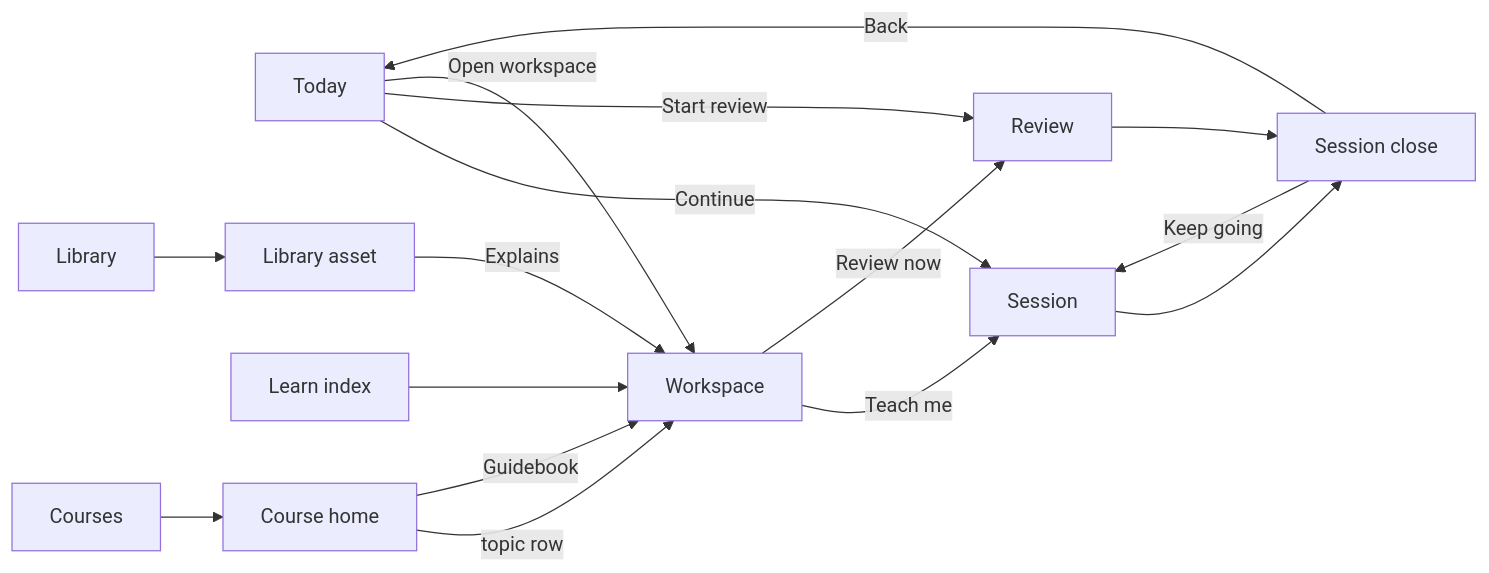
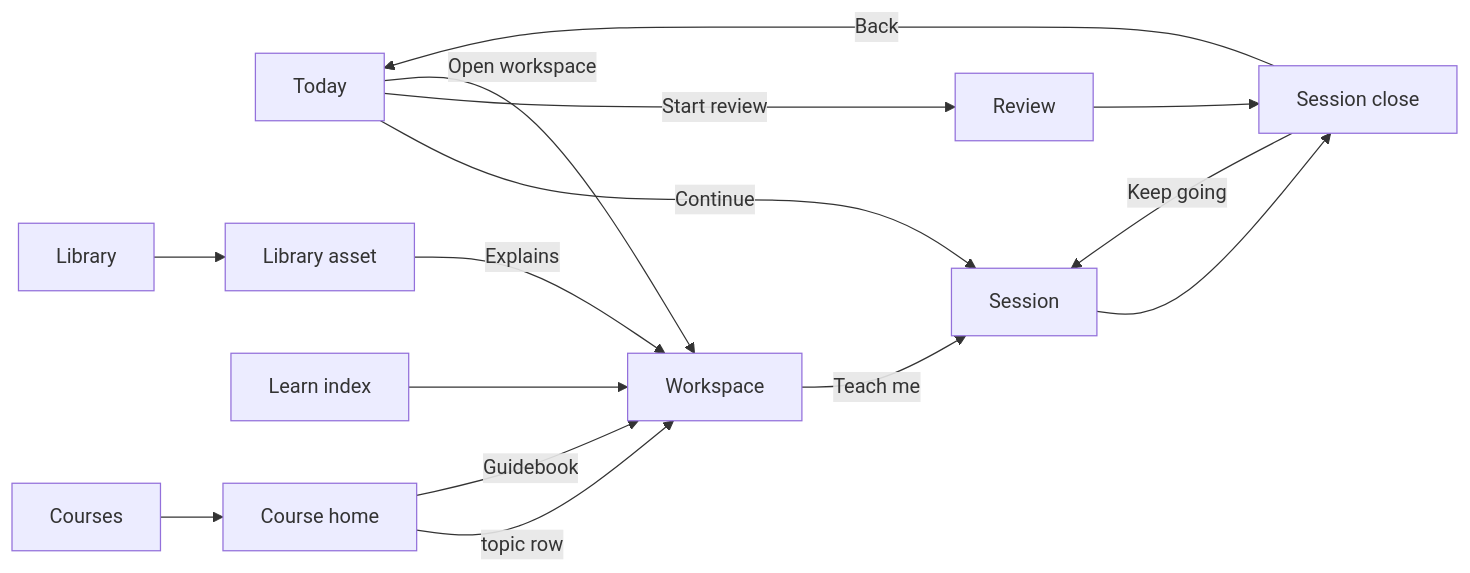
The diagram in docs/design/DESIGN.md (c-wenlong/gnosia-learn), drawn with Mermaid before and after one commit. The commit also changed other lines of this file and 5 other files, not shown here.

First line of the commit message:
Concept page: drop the Review now button

````diff
--- a/docs/design/DESIGN.md
+++ b/docs/design/DESIGN.md
@@ -80,18 +80,17 @@
 ```mermaid
 flowchart LR
   Today -->|Continue| Session
   Today -->|Start review| Review
   Today -->|Open workspace| Workspace
   Courses --> Path[Course home]
   Path -->|topic row| Workspace
   Path -->|Guidebook| Workspace
   Workspace -->|Teach me| Session
-  Workspace -->|Review now| Review
   Session --> Close[Session close]
   Close -->|Back| Today
   Close -->|Keep going| Session
   Review --> Close
   Learn[Learn index] --> Workspace
   Library --> Asset[Library asset]
   Asset -->|Explains| Workspace
 ```
````
